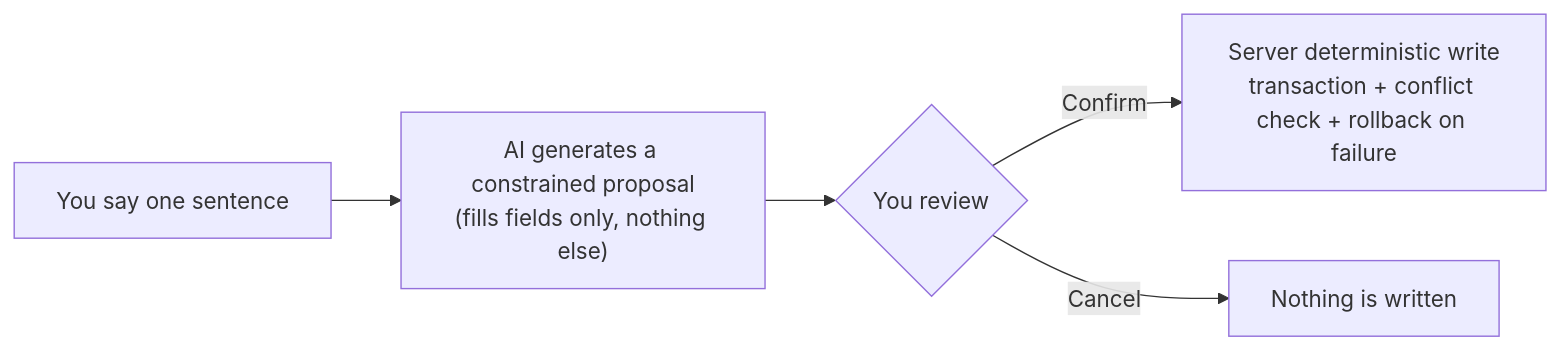
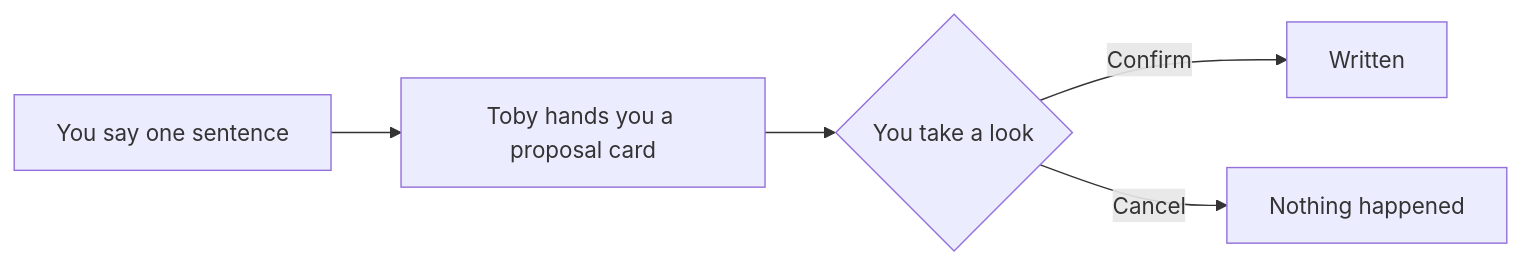
Before and after one commit to dengyusys/toby: the diagram in docs/product-overview.md, drawn with Mermaid. The commit also changed other lines of this file and 30 other files, not shown here.

````diff
--- a/docs/product-overview.md
+++ b/docs/product-overview.md
@@ -21,7 +21,7 @@
 ```mermaid
 flowchart LR
-    A["You say one sentence"] --> B["AI generates a constrained proposal<br/>(fills fields only, nothing else)"]
-    B --> C{"You review"}
-    C -->|Confirm| D["Server deterministic write<br/>transaction + conflict check + rollback on failure"]
-    C -->|Cancel| E["Nothing is written"]
+    A["You say one sentence"] --> B["Toby hands you a proposal card"]
+    B --> C{"You take a look"}
+    C -->|Confirm| D["Written"]
+    C -->|Cancel| E["Nothing happened"]
 ```
````
